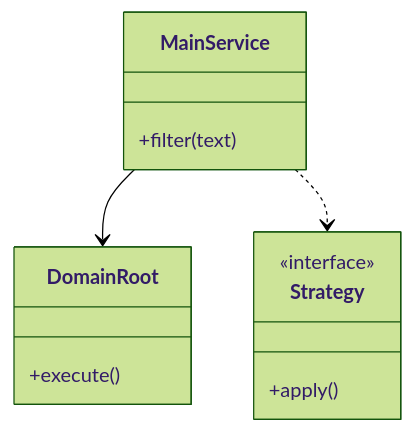
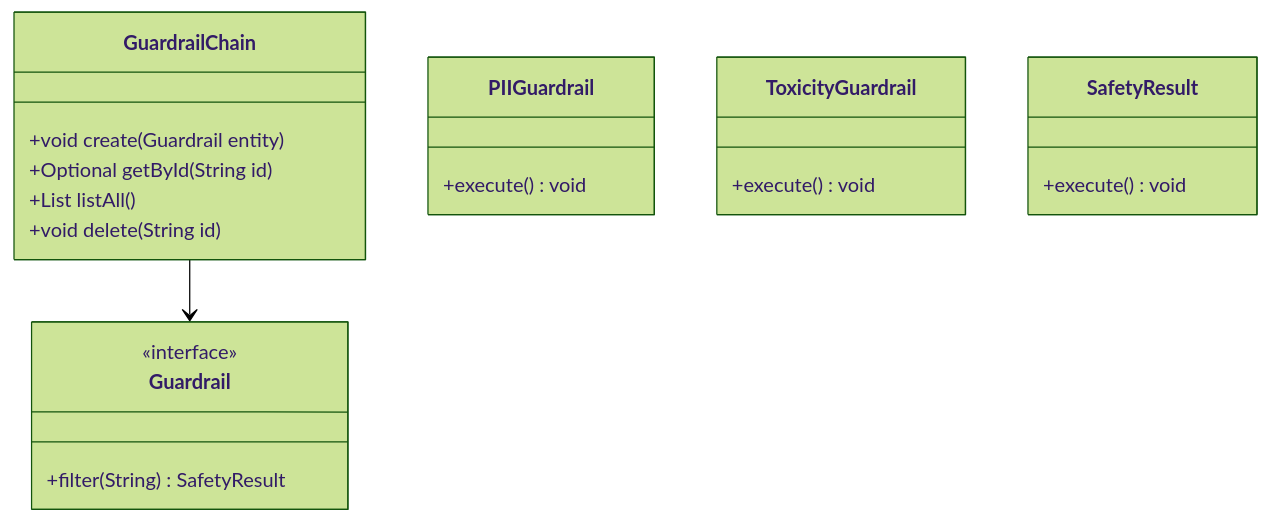
The first of 3 diagrams in Learn/System Design - Low Level Design/05-genai-llm-lld/questions/Q08-guardrail-safety-chain.md (madhupaila/Interview-Prep-SSE), drawn with Mermaid (forest theme) before and after one commit. The commit also changed other lines of this file and 491 other files, not shown here.

````diff
--- a/Learn/System Design - Low Level Design/05-genai-llm-lld/questions/Q08-guardrail-safety-chain.md
+++ b/Learn/System Design - Low Level Design/05-genai-llm-lld/questions/Q08-guardrail-safety-chain.md
@@ -74,15 +94,23 @@
 ```mermaid
 classDiagram
-    class MainService {
-        +filter(text)
+    class GuardrailChain {
+        +void create(Guardrail entity)
+        +Optional<Guardrail> getById(String id)
+        +List<Guardrail> listAll()
+        +void delete(String id)
     }
-    class DomainRoot {
-        +execute()
+    class Guardrail {
+        <<interface>>
+        +filter(String) SafetyResult
     }
-    class Strategy {
-        <<interface>>
-        +apply()
+    class PIIGuardrail {
+        +execute() void
     }
-    MainService --> DomainRoot
-    MainService ..> Strategy
+    class ToxicityGuardrail {
+        +execute() void
+    }
+    class SafetyResult {
+        +execute() void
+    }
+    GuardrailChain --> Guardrail
 ```
````
